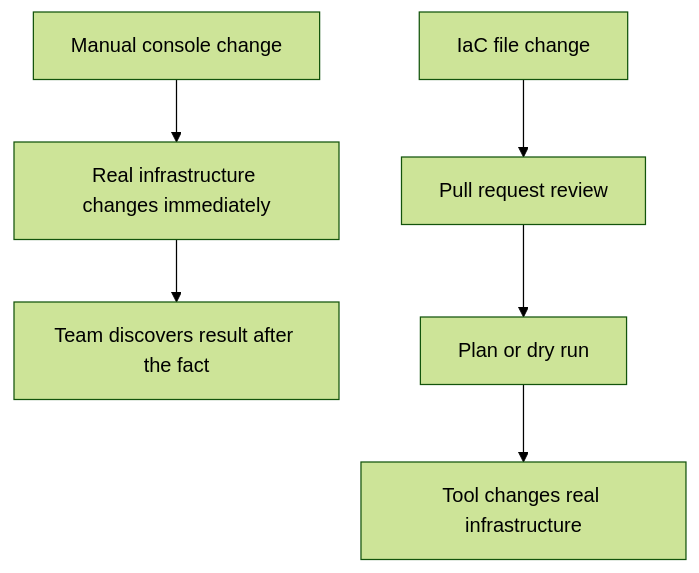
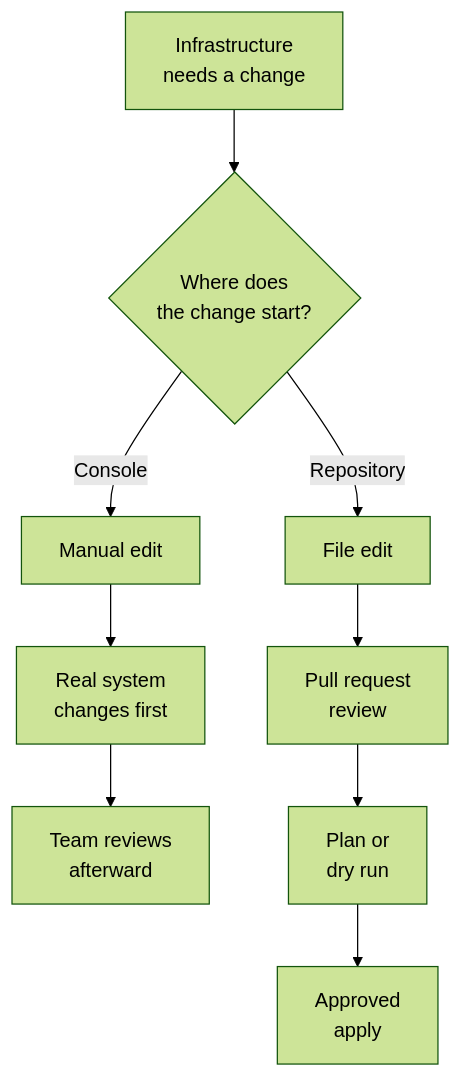
One commit to senlinyy/dev-roadmaps changed the first of 3 diagrams in infrastructure-as-code/fundamentals/why-infrastructure-as-code-exists.md. Above: the diagram before and after it, drawn with Mermaid (forest theme). The commit also changed other lines of this file and 85 other files, not shown here.

````diff
--- a/infrastructure-as-code/fundamentals/why-infrastructure-as-code-exists.md
+++ b/infrastructure-as-code/fundamentals/why-infrastructure-as-code-exists.md
@@ -59,8 +59,12 @@
 ```mermaid
 flowchart TD
-    A["Manual console change"] --> B["Real infrastructure changes immediately"]
-    B --> C["Team discovers result after the fact"]
-    D["IaC file change"] --> E["Pull request review"]
-    E --> F["Plan or dry run"]
-    F --> G["Tool changes real infrastructure"]
+    A["Infrastructure<br/>needs a change"]
+    A --> B{"Where does<br/>the change start?"}
+    B -->|"Console"| C["Manual edit"]
+    C --> D["Real system<br/>changes first"]
+    D --> E["Team reviews<br/>afterward"]
+    B -->|"Repository"| F["File edit"]
+    F --> G["Pull request<br/>review"]
+    G --> H["Plan or<br/>dry run"]
+    H --> I["Approved<br/>apply"]
 ```
````
